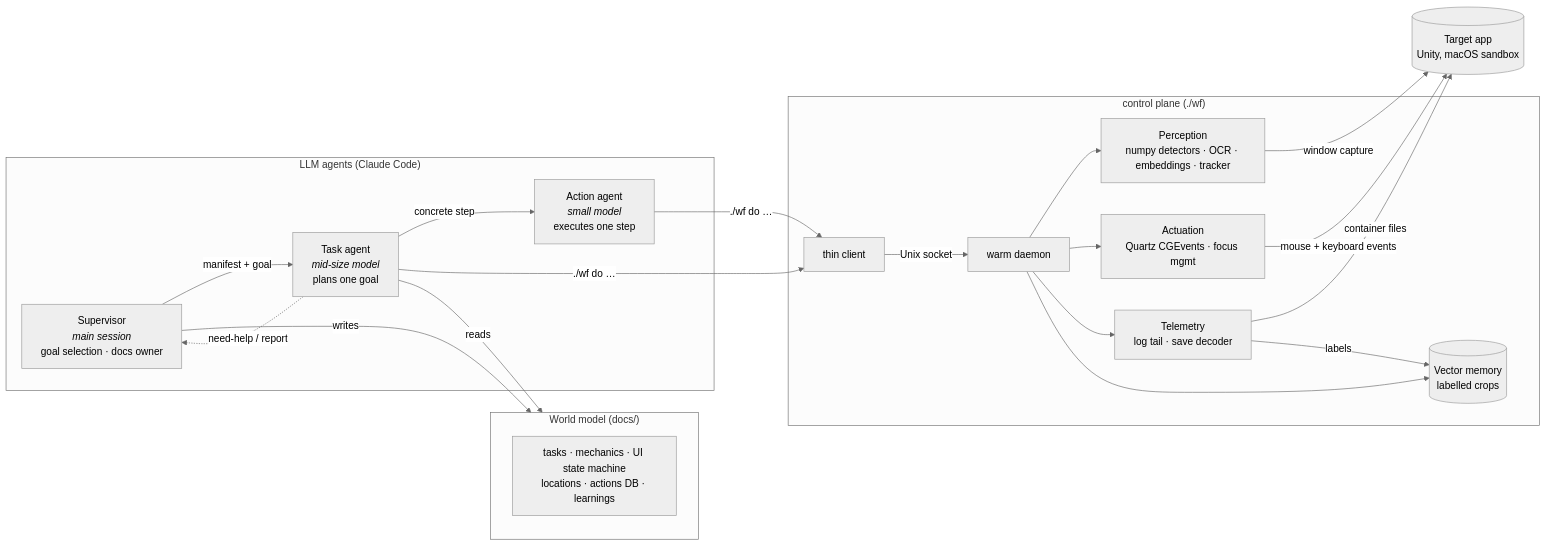
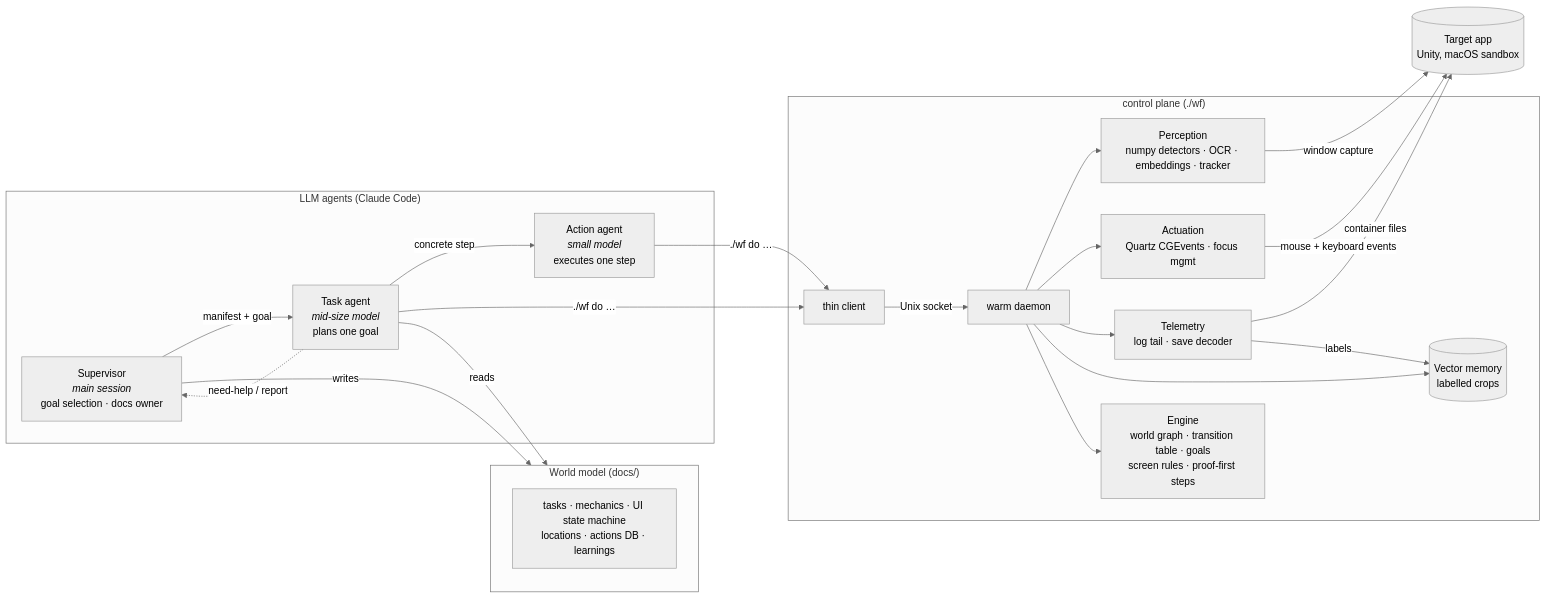
Before and after one commit to sergiimo/llm-game-agent: the second of 6 diagrams in README.md, drawn with Mermaid (neutral theme). The commit also changed other lines of this file and 27 other files, not shown here.

Commit message:
README: the engine (graph + vectors + model orchestration); bubble examples relabelled (drop = never plant / hive; events are not bubble kinds) with the guard; learned play data; chains removal completed

````diff
--- a/README.md
+++ b/README.md
@@ -38,34 +113,35 @@
 ```mermaid
 flowchart LR
     subgraph Agents["LLM agents (Claude Code)"]
         S["Supervisor<br/><i>main session</i><br/>goal selection · docs owner"]
         Q["Task agent<br/><i>mid-size model</i><br/>plans one goal"]
         R["Action agent<br/><i>small model</i><br/>executes one step"]
         S -- "manifest + goal" --> Q
         Q -- "concrete step" --> R
         Q -. "need-help / report" .-> S
     end
 
     subgraph Tool["control plane (./wf)"]
         C["thin client"] -- "Unix socket" --> D["warm daemon"]
         D --> P["Perception<br/>numpy detectors · OCR · embeddings · tracker"]
         D --> A["Actuation<br/>Quartz CGEvents · focus mgmt"]
         D --> T["Telemetry<br/>log tail · save decoder"]
         D --> M[("Vector memory<br/>labelled crops")]
+        D --> E["Engine<br/>world graph · transition table · goals<br/>screen rules · proof-first steps"]
     end
 
     subgraph WM["World model (docs/)"]
         K["tasks · mechanics · UI state machine<br/>locations · actions DB · learnings"]
     end
 
     G[("Target app<br/>Unity, macOS sandbox")]
 
     Q -- "reads" --> WM
     R -- "./wf do …" --> C
     Q -- "./wf do …" --> C
     P -- "window capture" --> G
     A -- "mouse + keyboard events" --> G
     T -- "container files" --> G
     T -- "labels" --> M
     S -- "writes" --> WM
 ```
````
